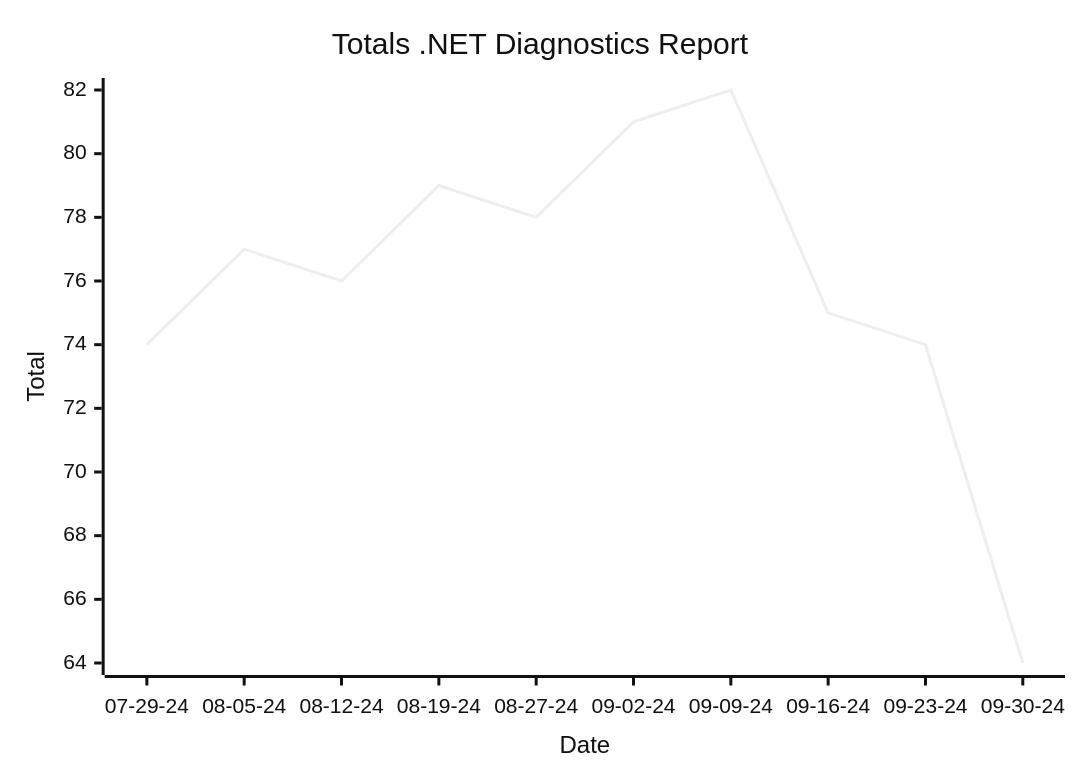
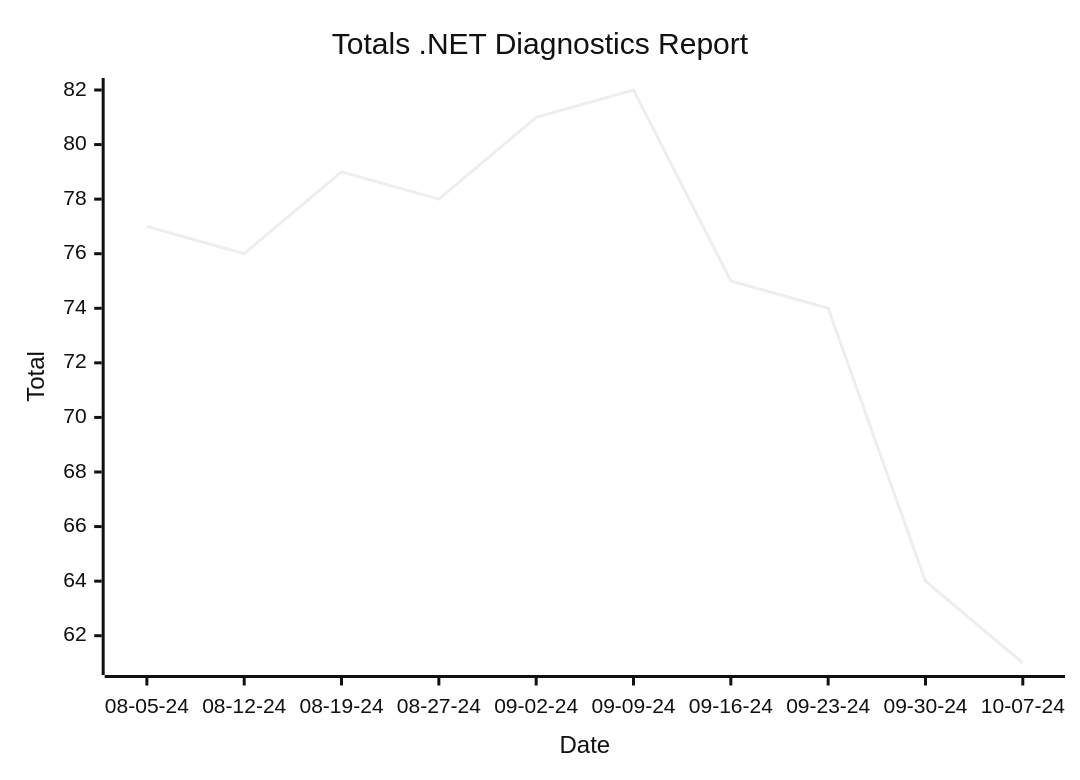
Before and after one commit to hoyosjs/gh-issue-tracker: the first of 2 diagrams in reports/README.md, drawn with Mermaid (neutral theme). The commit also changed other lines of this file and 4 other files, not shown here.

````diff
--- a/reports/README.md
+++ b/reports/README.md
@@ -7,7 +7,7 @@
 ```mermaid
 xychart-beta
   title "Totals .NET Diagnostics Report"
-  x-axis "Date" ["07-29-24", "08-05-24", "08-12-24", "08-19-24", "08-27-24", "09-02-24", "09-09-24", "09-16-24", "09-23-24", "09-30-24"]
+  x-axis "Date" ["08-05-24", "08-12-24", "08-19-24", "08-27-24", "09-02-24", "09-09-24", "09-16-24", "09-23-24", "09-30-24", "10-07-24"]
   y-axis "Total"
-  line [74, 77, 76, 79, 78, 81, 82, 75, 74, 64]
+  line [77, 76, 79, 78, 81, 82, 75, 74, 64, 61]
 ```
````
